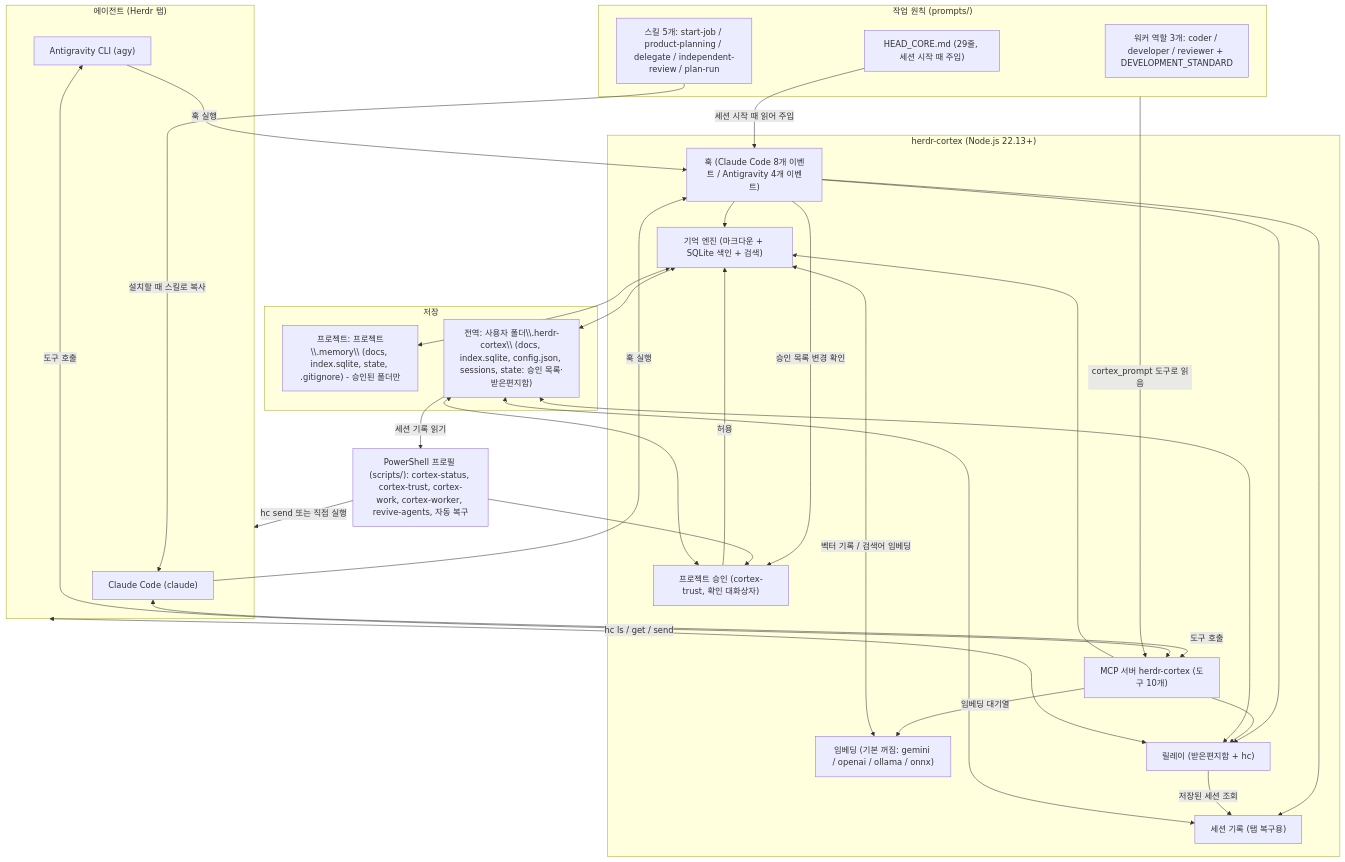
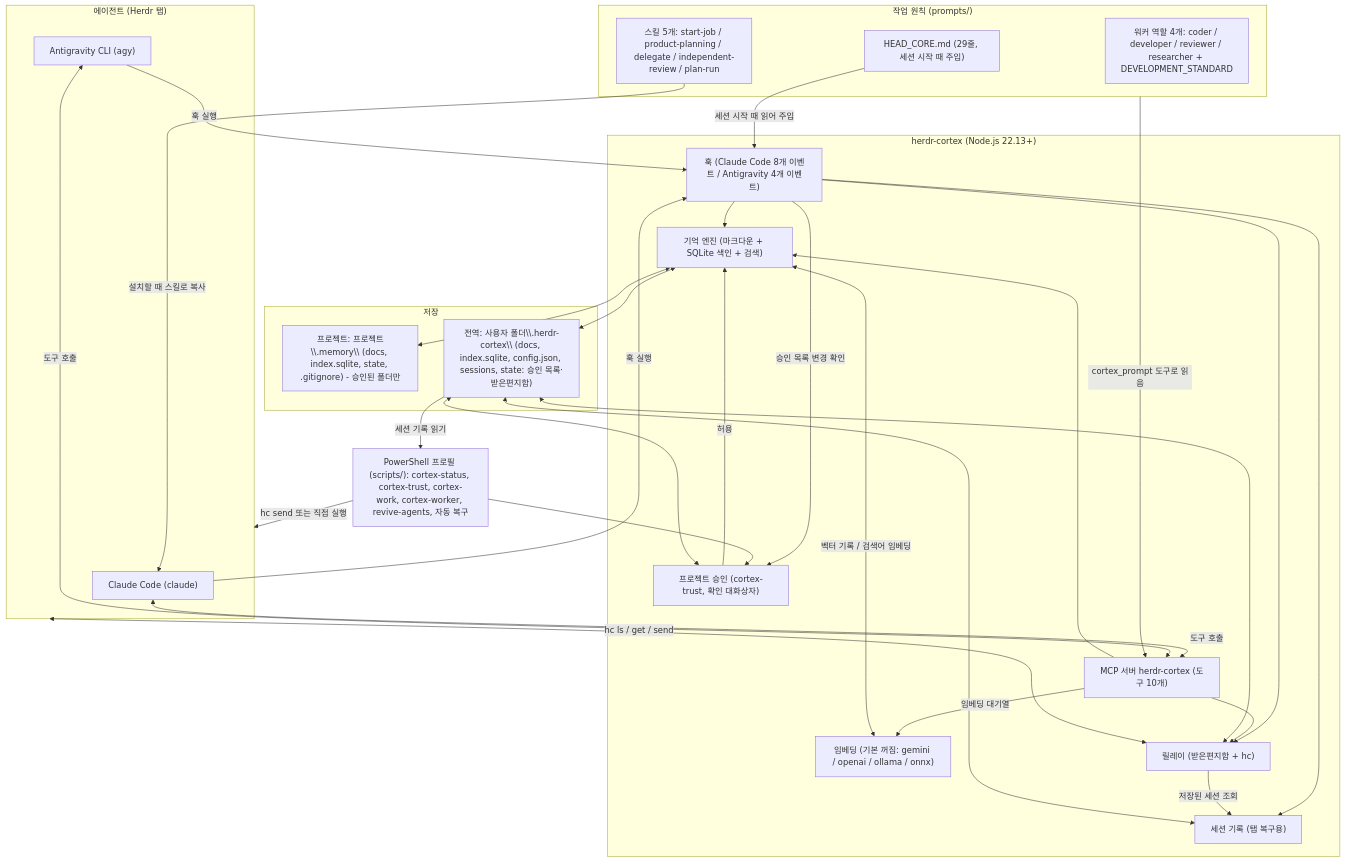
Before and after one commit to ggumtakg/herdr-cortex: the diagram in README.md, drawn with Mermaid. The commit also changed other lines of this file and 1 other file, not shown here.

Commit message:
Docs: list the researcher role wherever the worker roles are enumerated

````diff
--- a/README.md
+++ b/README.md
@@ -102,57 +102,57 @@
 ```mermaid
 flowchart TB
     subgraph Prompts["작업 원칙 (prompts/)"]
         HC["HEAD_CORE.md (29줄, 세션 시작 때 주입)"]
         SK["스킬 5개: start-job / product-planning / delegate / independent-review / plan-run"]
-        WK["워커 역할 3개: coder / developer / reviewer + DEVELOPMENT_STANDARD"]
+        WK["워커 역할 4개: coder / developer / reviewer / researcher + DEVELOPMENT_STANDARD"]
     end
 
     subgraph Hosts["에이전트 (Herdr 탭)"]
         CL["Claude Code (claude)"]
         AG["Antigravity CLI (agy)"]
     end
 
     subgraph Core["herdr-cortex (Node.js 22.13+)"]
         MCP["MCP 서버 herdr-cortex (도구 10개)"]
         HOOK["훅 (Claude Code 8개 이벤트 / Antigravity 4개 이벤트)"]
         TRUST["프로젝트 승인 (cortex-trust, 확인 대화상자)"]
         MEM["기억 엔진 (마크다운 + SQLite 색인 + 검색)"]
         EMB["임베딩 (기본 꺼짐: gemini / openai / ollama / onnx)"]
         REL["릴레이 (받은편지함 + hc)"]
         REV["세션 기록 (탭 복구용)"]
     end
 
     subgraph Storage["저장"]
         PM["프로젝트: 프로젝트\\.memory\\ (docs, index.sqlite, state, .gitignore) - 승인된 폴더만"]
         GM["전역: 사용자 폴더\\.herdr-cortex\\ (docs, index.sqlite, config.json, sessions, state: 승인 목록·받은편지함)"]
     end
 
     PS["PowerShell 프로필 (scripts/): cortex-status, cortex-trust, cortex-work, cortex-worker, revive-agents, 자동 복구"]
 
     HC -->|"세션 시작 때 읽어 주입"| HOOK
     Prompts -->|"cortex_prompt 도구로 읽음"| MCP
     SK -->|"설치할 때 스킬로 복사"| CL
     CL <-->|"도구 호출"| MCP
     AG <-->|"도구 호출"| MCP
     CL -->|"훅 실행"| HOOK
     AG -->|"훅 실행"| HOOK
     HOOK --> MEM
     HOOK --> REL
     HOOK --> REV
     HOOK -->|"승인 목록 변경 확인"| TRUST
     MCP --> MEM
     MCP --> REL
     MCP -->|"임베딩 대기열"| EMB
     EMB <-->|"벡터 기록 / 검색어 임베딩"| MEM
     TRUST -->|"허용"| MEM
     MEM <--> PM
     MEM <--> GM
     REL <--> GM
     REL -->|"저장된 세션 조회"| REV
     REV <--> GM
     TRUST <--> GM
     REL <-->|"hc ls / get / send"| Hosts
     PS --> TRUST
     GM -->|"세션 기록 읽기"| PS
     PS -->|"hc send 또는 직접 실행"| Hosts
 ```
````
